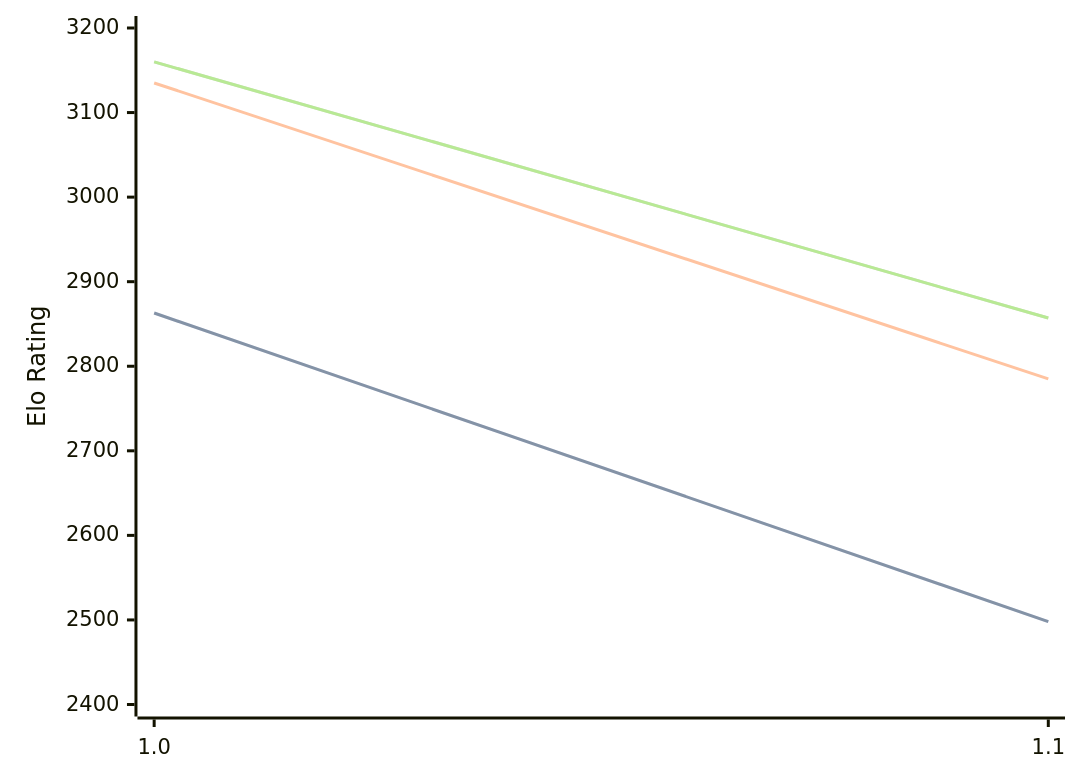
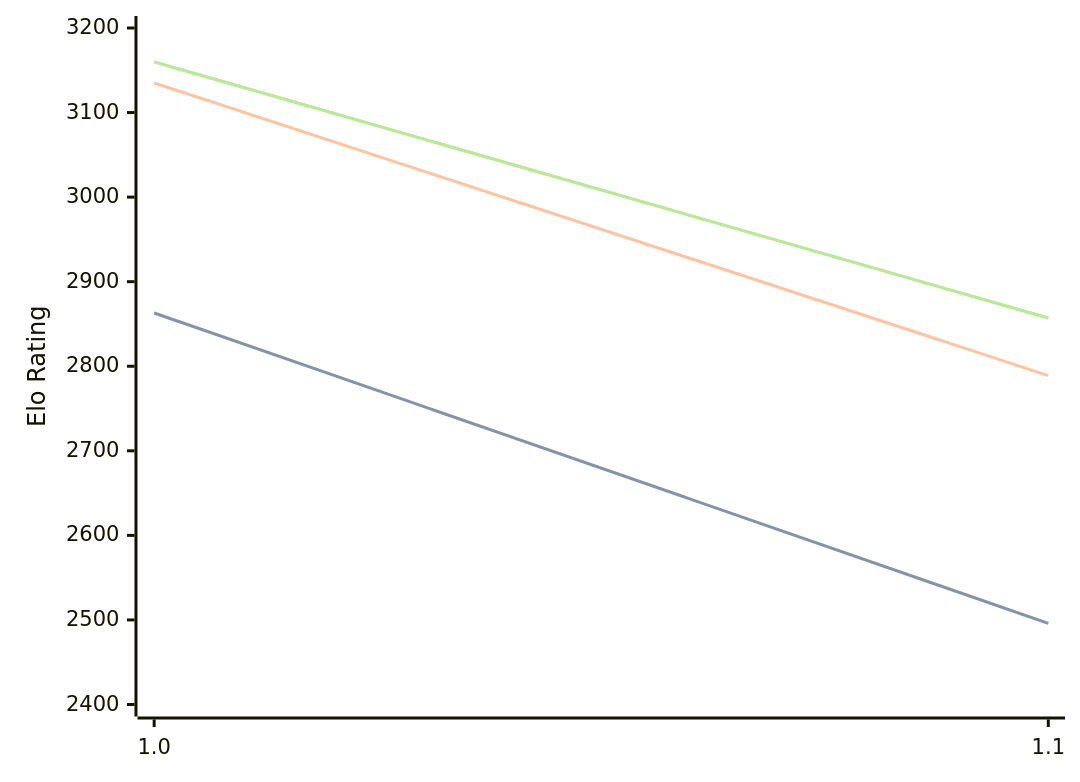
The diagram in engines/Publius.md (computer-chess-index/cci), drawn with Mermaid before and after one commit. The commit also changed other lines of this file, not shown here.

Commit message:
Update CCI Ratings (ELO VLTC) - 2026-04-06

````diff
--- a/engines/Publius.md
+++ b/engines/Publius.md
@@ -32,11 +32,11 @@
 ```mermaid
 %%{init: {"theme":"base","themeVariables":{"seriesColors:['#a3a3a3','#222221','#faa371']}}}%%
 xychart-beta
   x-axis ["1.0", "1.1"]
   y-axis "Elo Rating" 2400 --> 3200
-  line "STC (8.0+0.08s)" [2863, 2498]
-  line "STC (8.0+0.08s)" [2863, 2498]
-  line "LTC (60.0+0.60s)" [3135, 2785]
+  line "STC (8.0+0.08s)" [2863, 2496]
+  line "STC (8.0+0.08s)" [2863, 2496]
+  line "LTC (60.0+0.60s)" [3135, 2789]
   line "VLTC (2m24s+1.12s)" [3160, 2857]
   line "VLTC (2m24s+1.12s)" [3160, 2857]
 ```
````
